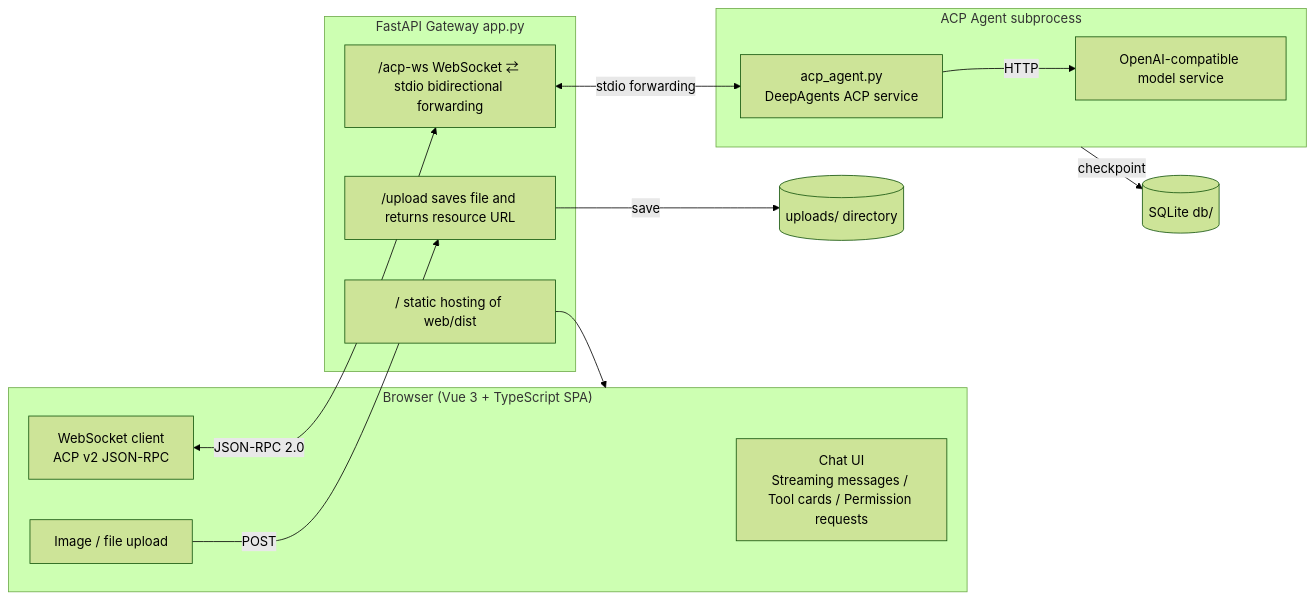
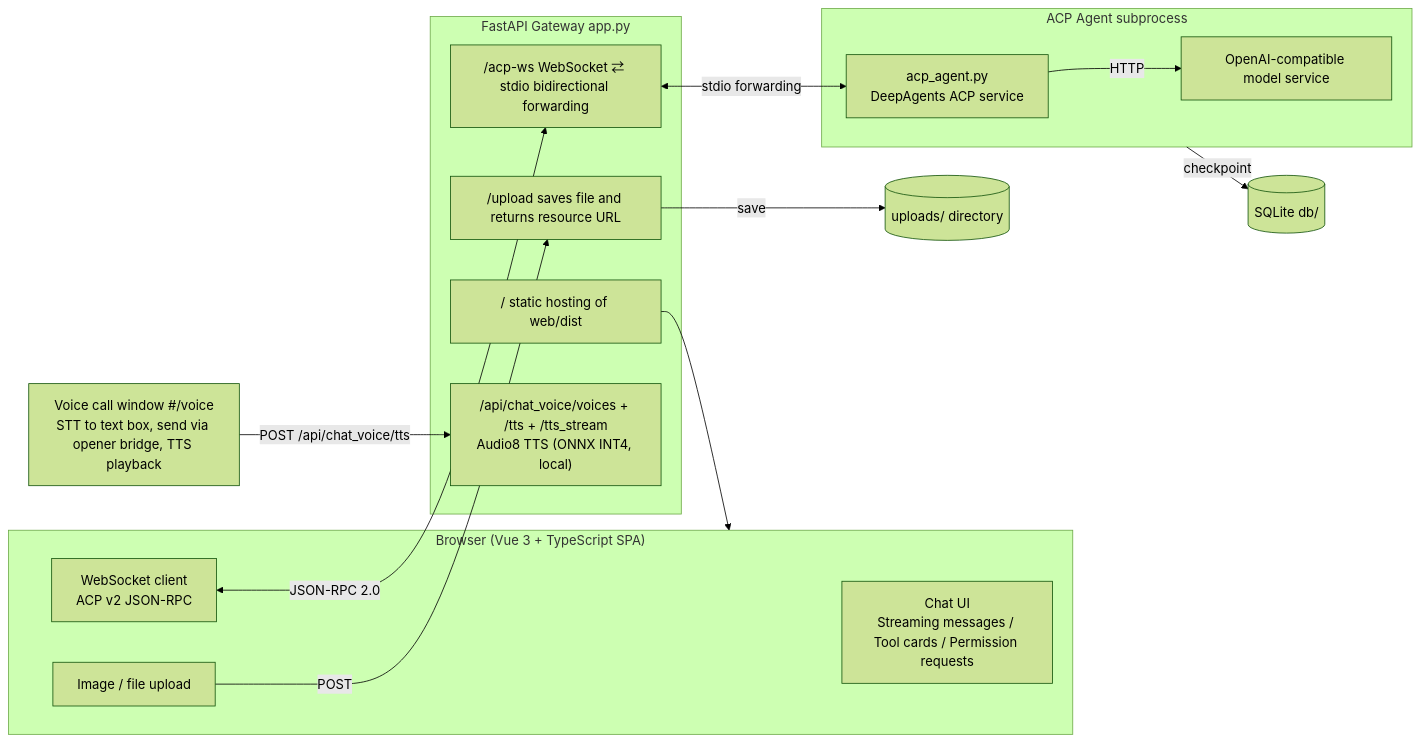
One commit to cq-zhangjw/deepagents-acp-demo-mvp changed the diagram in README.md. Above: the diagram before and after it, drawn with Mermaid (forest theme). The commit also changed other lines of this file and 36 other files, not shown here.

````diff
--- a/README.md
+++ b/README.md
@@ -18,27 +19,29 @@
 ```mermaid
 flowchart LR
   subgraph Browser["Browser (Vue 3 + TypeScript SPA)"]
     UI[Chat UI<br/>Streaming messages / Tool cards / Permission requests]
     Upload[Image / file upload]
     WSClient[WebSocket client<br/>ACP v2 JSON-RPC]
   end
 
   subgraph Gateway["FastAPI Gateway app.py"]
     UploadAPI["/upload saves file and returns resource URL"]
     WSProxy["/acp-ws WebSocket ⇄ stdio bidirectional forwarding"]
     Static["/ static hosting of web/dist"]
+    VoiceAPI["/api/chat_voice/voices + /tts + /tts_stream<br/>Audio8 TTS (ONNX INT4, local)"]
   end
 
   subgraph Agent["ACP Agent subprocess"]
     ACP["acp_agent.py<br/>DeepAgents ACP service"]
     Model["OpenAI-compatible model service"]
   end
 
   Upload -->|POST| UploadAPI
   UploadAPI -->|save| Storage[("uploads/ directory")]
+  Voice[Voice call window #/voice<br/>STT to text box, send via opener bridge, TTS playback] -->|POST /api/chat_voice/tts| VoiceAPI
   WSClient <-->|JSON-RPC 2.0| WSProxy
   WSProxy <-->|stdio forwarding| ACP
   ACP -->|HTTP| Model
   Static --> Browser
   Agent -->|checkpoint| DB[("SQLite db/")]
 ```
````
